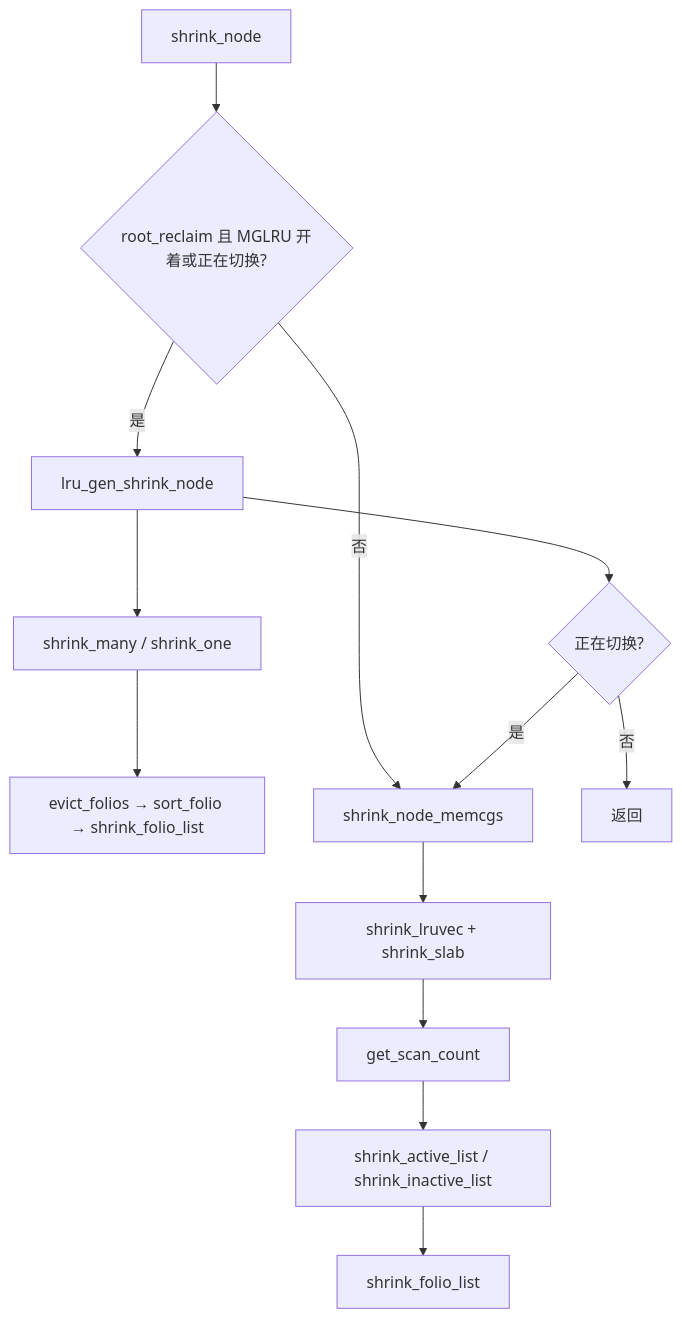
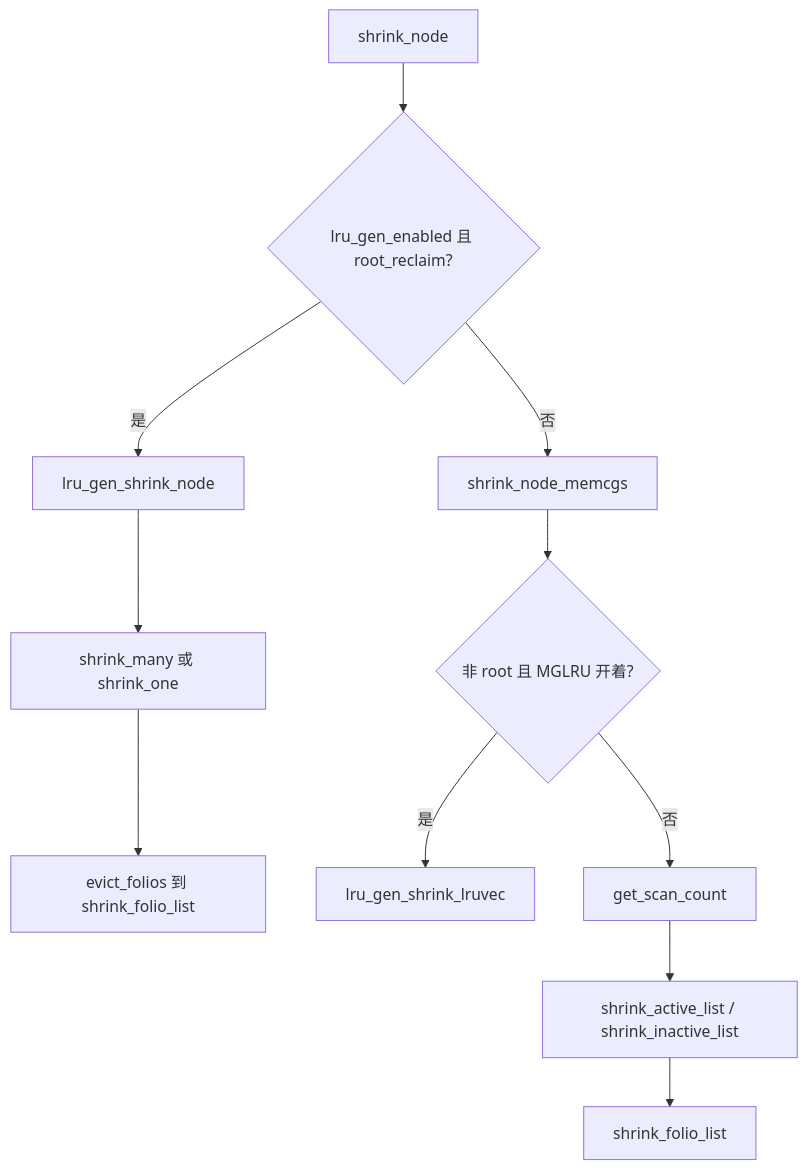
The second of 2 diagrams in memory-management/10-06-lru-vs-mglru.md (jinkkkang/kernel-notes), drawn with Mermaid before and after one commit. The commit also changed other lines of this file and 36 other files, not shown here.

````diff
--- a/memory-management/10-06-lru-vs-mglru.md
+++ b/memory-management/10-06-lru-vs-mglru.md
@@ -33,15 +33,13 @@
 ```mermaid
 flowchart TD
-  sn["shrink_node"] --> root{"root_reclaim 且 MGLRU 开着或正在切换?"}
+  sn["shrink_node"] --> root{"lru_gen_enabled 且 root_reclaim?"}
   root -->|是| lgn["lru_gen_shrink_node"]
-  lgn --> many["shrink_many / shrink_one"]
-  many --> ev["evict_folios → sort_folio → shrink_folio_list"]
+  lgn --> many["shrink_many 或 shrink_one"]
+  many --> ev["evict_folios 到 shrink_folio_list"]
   root -->|否| mem["shrink_node_memcgs"]
-  lgn --> sw2{"正在切换?"}
-  sw2 -->|是| mem
-  sw2 -->|否| done["返回"]
-  mem --> slab["shrink_lruvec + shrink_slab"]
-  slab --> scn["get_scan_count"]
+  mem --> slv{"非 root 且 MGLRU 开着?"}
+  slv -->|是| lrv["lru_gen_shrink_lruvec"]
+  slv -->|否| scn["get_scan_count"]
   scn --> lists["shrink_active_list / shrink_inactive_list"]
   lists --> sfl["shrink_folio_list"]
 ```
````
